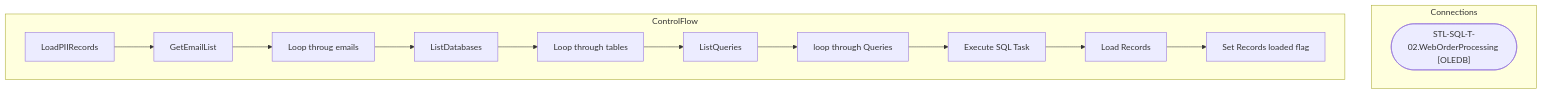
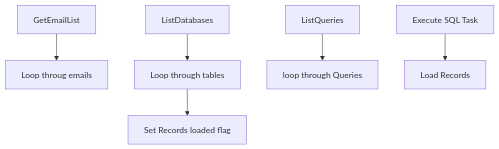
One commit to juanandresbrain/BABSkills changed the diagram in bab-docs-explorer/Documentation/STL-SSIS-P-01/SSIS/ForgetMe/RetrieveData.LoadPIIRecords.md. Above: the diagram before and after it, drawn with Mermaid. The commit also changed other lines of this file and 273 other files, not shown here.

````diff
--- a/bab-docs-explorer/Documentation/STL-SSIS-P-01/SSIS/ForgetMe/RetrieveData.LoadPIIRecords.md
+++ b/bab-docs-explorer/Documentation/STL-SSIS-P-01/SSIS/ForgetMe/RetrieveData.LoadPIIRecords.md
@@ -9,27 +44,17 @@
 ```mermaid
 flowchart TD
-    subgraph Connections
-        STL_SQL_T_02_WebOrderProcessing_conn(["STL-SQL-T-02.WebOrderProcessing [OLEDB]"])
-    end
-    subgraph ControlFlow
-        LoadPIIRecords_task["LoadPIIRecords"]
-        GetEmailList_task["GetEmailList"]
-        LoadPIIRecords_task --> GetEmailList_task
-        Loop_throug_emails_task["Loop throug emails"]
-        GetEmailList_task --> Loop_throug_emails_task
-        ListDatabases_task["ListDatabases"]
-        Loop_throug_emails_task --> ListDatabases_task
-        Loop_through_tables_task["Loop through tables"]
-        ListDatabases_task --> Loop_through_tables_task
-        ListQueries_task["ListQueries"]
-        Loop_through_tables_task --> ListQueries_task
-        loop_through_Queries_task["loop through Queries"]
-        ListQueries_task --> loop_through_Queries_task
-        Execute_SQL_Task_task["Execute SQL Task"]
-        loop_through_Queries_task --> Execute_SQL_Task_task
-        Load_Records_task["Load Records"]
-        Execute_SQL_Task_task --> Load_Records_task
-        Set_Records_loaded_flag_task["Set Records loaded flag"]
-        Load_Records_task --> Set_Records_loaded_flag_task
-    end
+    n_Package_GetEmailList["GetEmailList"]
+    n_Package_Loop_throug_emails["Loop throug emails"]
+    n_Package_Loop_throug_emails_ListDatabases["ListDatabases"]
+    n_Package_Loop_throug_emails_Loop_through_tables["Loop through tables"]
+    n_Package_Loop_throug_emails_Loop_through_tables_ListQueries["ListQueries"]
+    n_Package_Loop_throug_emails_Loop_through_tables_loop_through_Queries["loop through Queries"]
+    n_Package_Loop_throug_emails_Loop_through_tables_loop_through_Queries_Execute_SQL_Task["Execute SQL Task"]
+    n_Package_Loop_throug_emails_Loop_through_tables_loop_through_Queries_Load_Records["Load Records"]
+    n_Package_Loop_throug_emails_Set_Records_loaded_flag["Set Records loaded flag"]
+    n_Package_Loop_throug_emails_Loop_through_tables_loop_through_Queries_Execute_SQL_Task --> n_Package_Loop_throug_emails_Loop_through_tables_loop_through_Queries_Load_Records
+    n_Package_Loop_throug_emails_Loop_through_tables_ListQueries --> n_Package_Loop_throug_emails_Loop_through_tables_loop_through_Queries
+    n_Package_Loop_throug_emails_ListDatabases --> n_Package_Loop_throug_emails_Loop_through_tables
+    n_Package_Loop_throug_emails_Loop_through_tables --> n_Package_Loop_throug_emails_Set_Records_loaded_flag
+    n_Package_GetEmailList --> n_Package_Loop_throug_emails
 ```
````
